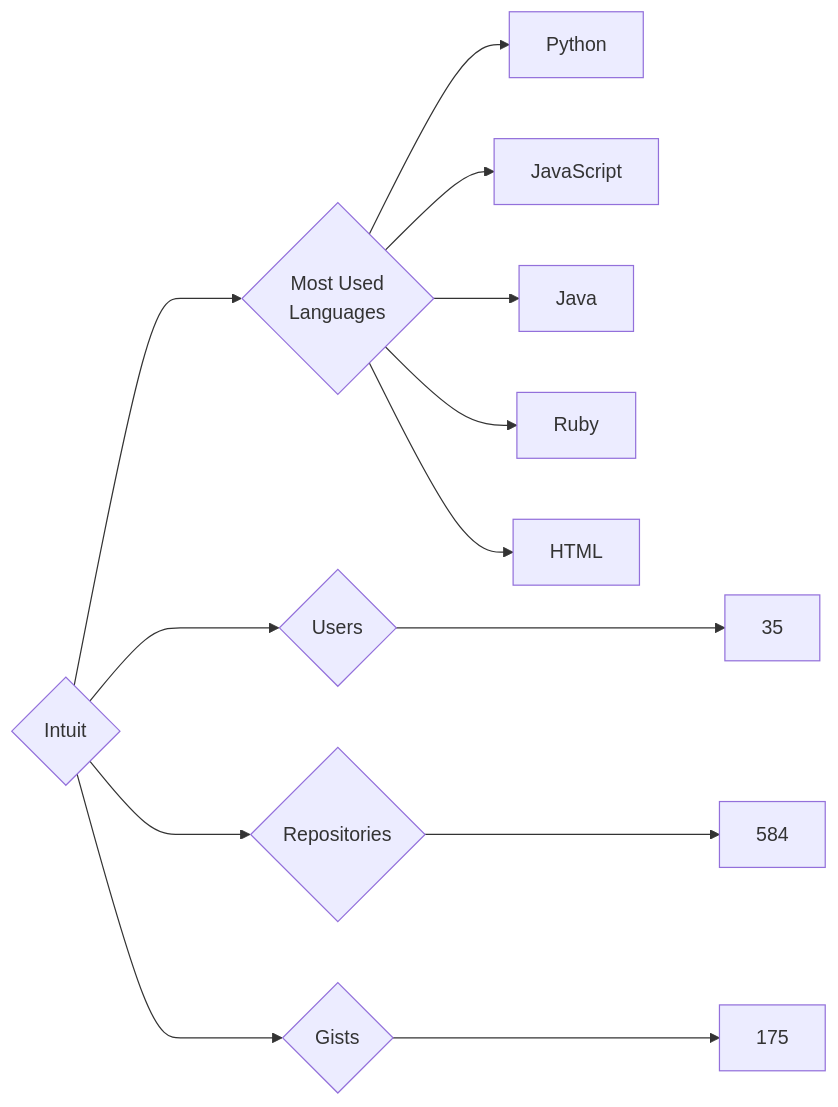
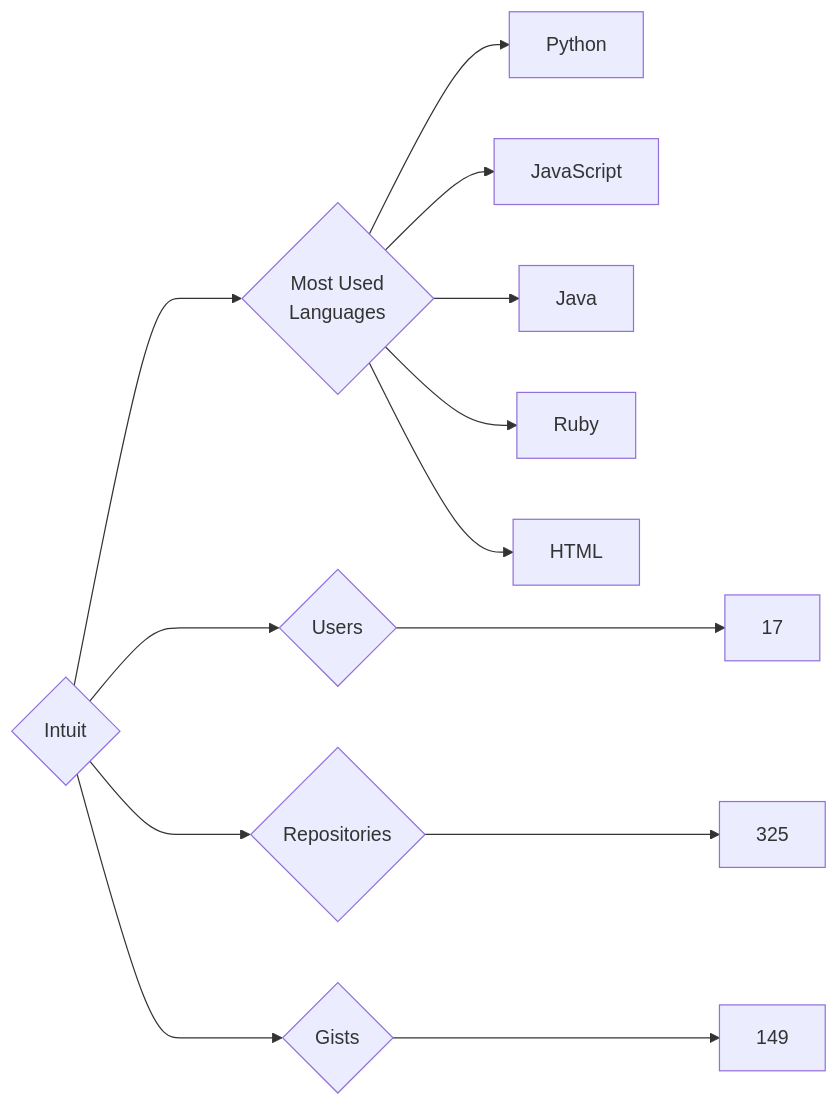
Before and after one commit to trickest/insiders: the diagram in targets/Intuit/README.md, drawn with Mermaid. The commit also changed 814 other files, not shown here.

````diff
--- a/targets/Intuit/README.md
+++ b/targets/Intuit/README.md
@@ -3,13 +3,13 @@
 ```mermaid
 graph LR
 COMPANY_NAME{Intuit}
-COMPANY_NAME ---> U{Users} ---> UN[35]
-COMPANY_NAME ---> R{Repositories} ---> RN[584]
-COMPANY_NAME ---> G{Gists} ---> GN[175]
+COMPANY_NAME ---> U{Users} ---> UN[17]
+COMPANY_NAME ---> R{Repositories} ---> RN[325]
+COMPANY_NAME ---> G{Gists} ---> GN[149]
 COMPANY_NAME ---> ML{Most Used<br>Languages}
 ML --> Python[Python]
 ML --> JavaScript[JavaScript]
 ML --> Java[Java]
 ML --> Ruby[Ruby]
 ML --> HTML[HTML]
 ```
````
